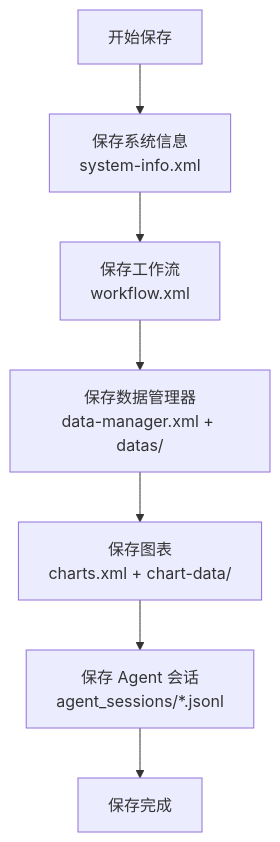
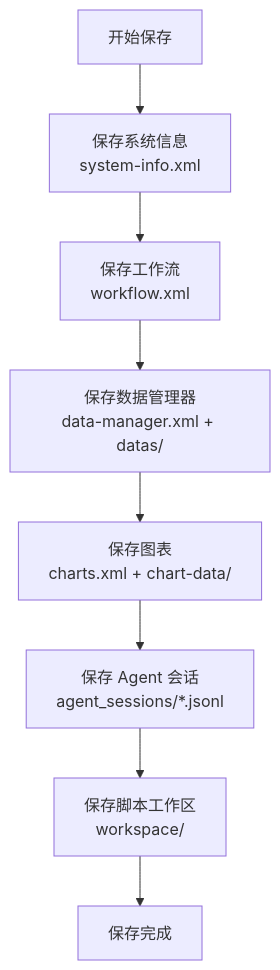
One commit to czyt1988/data-workbench changed the first of 3 diagrams in docs/zh/dev-guide/architecture/project-file-structure.md. Above: the diagram before and after it, drawn with Mermaid. The commit also changed other lines of this file and 24 other files, not shown here.

````diff
--- a/docs/zh/dev-guide/architecture/project-file-structure.md
+++ b/docs/zh/dev-guide/architecture/project-file-structure.md
@@ -60,9 +88,10 @@
 ```mermaid
 flowchart TD
     A["开始保存"] --> B["保存系统信息<br/>system-info.xml"]
     B --> C["保存工作流<br/>workflow.xml"]
     C --> D["保存数据管理器<br/>data-manager.xml + datas/"]
     D --> E["保存图表<br/>charts.xml + chart-data/"]
     E --> F["保存 Agent 会话<br/>agent_sessions/*.jsonl"]
-    F --> G["保存完成"]
+    F --> W["保存脚本工作区<br/>workspace/"]
+    W --> G["保存完成"]
 ```
````
